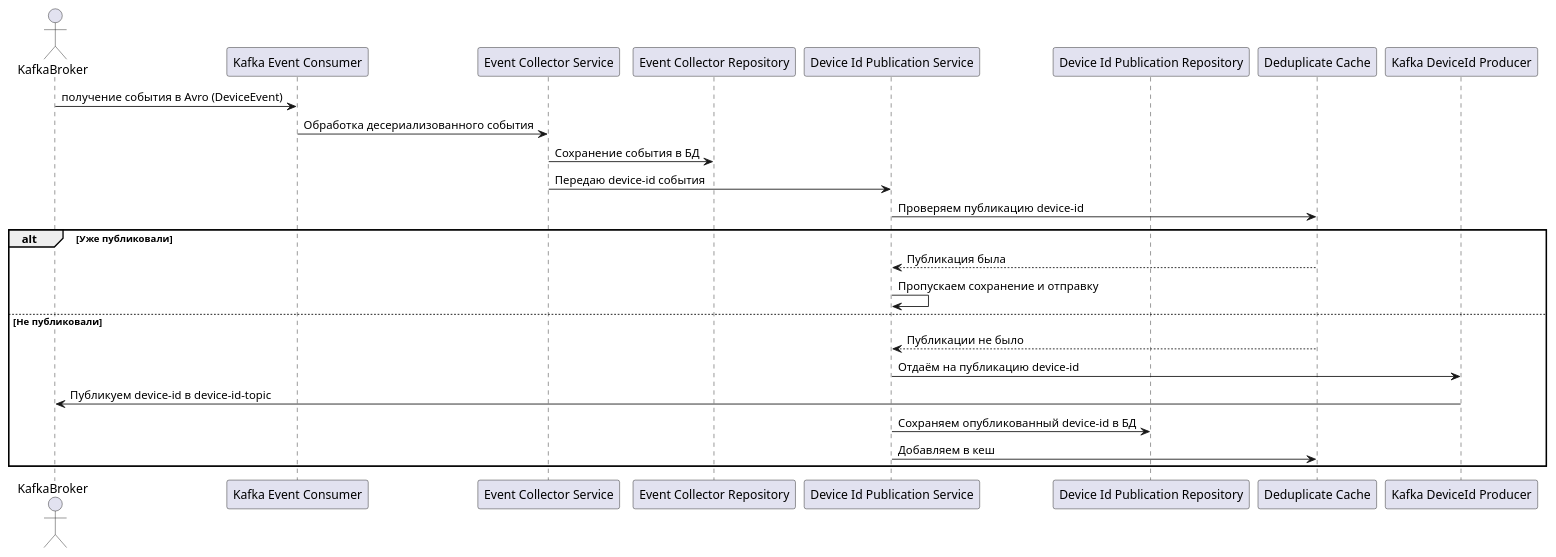
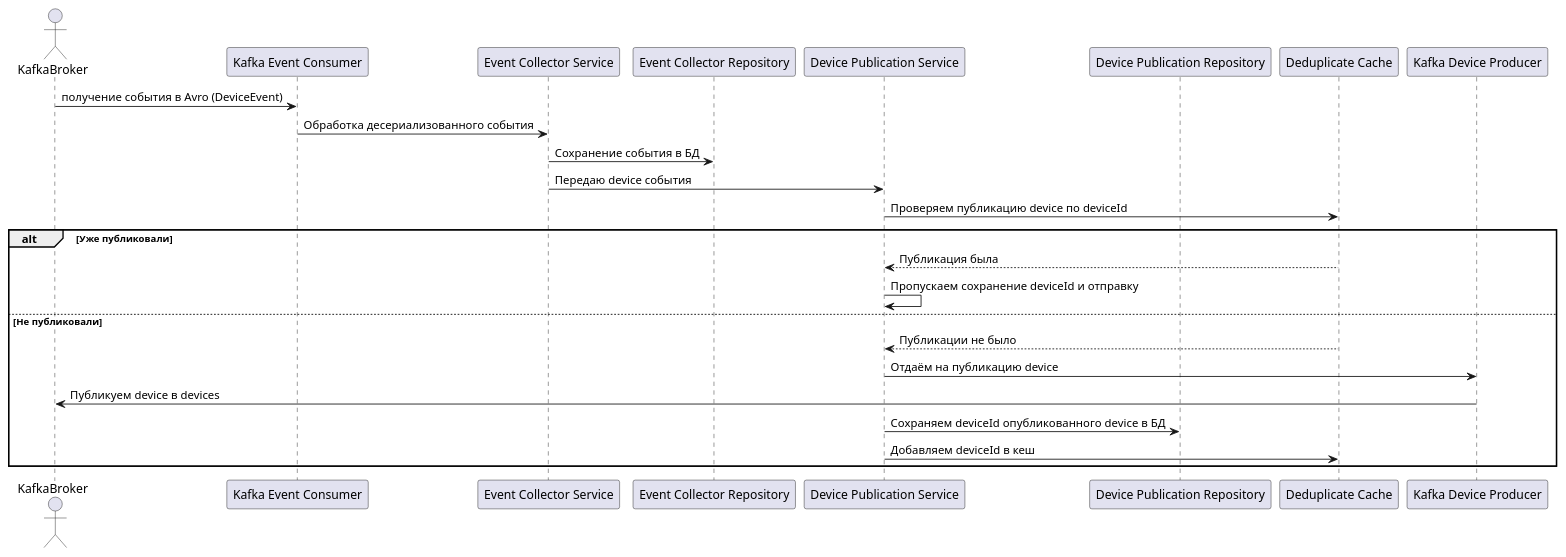
The diagram in event-collector/diagrams/sequence.puml (SinglePlayer56/iot), drawn with PlantUML before and after one commit. The commit also changed 28 other files, not shown here.

```diff
--- a/event-collector/diagrams/sequence.puml
+++ b/event-collector/diagrams/sequence.puml
@@ -1,27 +1,27 @@
 @startuml
 actor KafkaBroker
 participant "Kafka Event Consumer" as KEC
 participant "Event Collector Service" as ECS
 participant "Event Collector Repository" as ECR
-participant "Device Id Publication Service" as DPS
-participant "Device Id Publication Repository" as DPR
+participant "Device Publication Service" as DPS
+participant "Device Publication Repository" as DPR
 participant "Deduplicate Cache" as DDC
-participant "Kafka DeviceId Producer" as KDP
+participant "Kafka Device Producer" as KDP
 
 KafkaBroker -> KEC : получение события в Avro (DeviceEvent)
 KEC -> ECS : Обработка десериализованного события
 ECS -> ECR : Сохранение события в БД
-ECS -> DPS : Передаю device-id события
-DPS -> DDC : Проверяем публикацию device-id
+ECS -> DPS : Передаю device события
+DPS -> DDC : Проверяем публикацию device по deviceId
 
 alt Уже публиковали
     DDC --> DPS : Публикация была
-    DPS -> DPS: Пропускаем сохранение и отправку
+    DPS -> DPS: Пропускаем сохранение deviceId и отправку
 else Не публиковали
     DDC --> DPS : Публикации не было
-    DPS -> KDP : Отдаём на публикацию device-id
-    KDP -> KafkaBroker : Публикуем device-id в device-id-topic
-    DPS -> DPR : Сохраняем опубликованный device-id в БД
-    DPS -> DDC : Добавляем в кеш
+    DPS -> KDP : Отдаём на публикацию device
+    KDP -> KafkaBroker : Публикуем device в devices
+    DPS -> DPR : Сохраняем deviceId опубликованного device в БД
+    DPS -> DDC : Добавляем deviceId в кеш
 end
 @enduml
```
